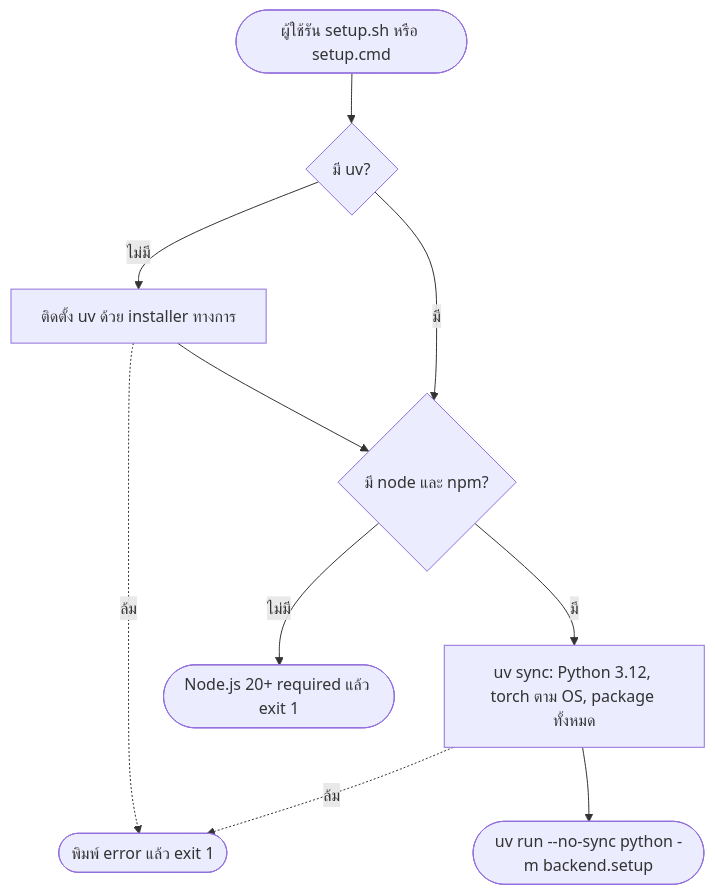
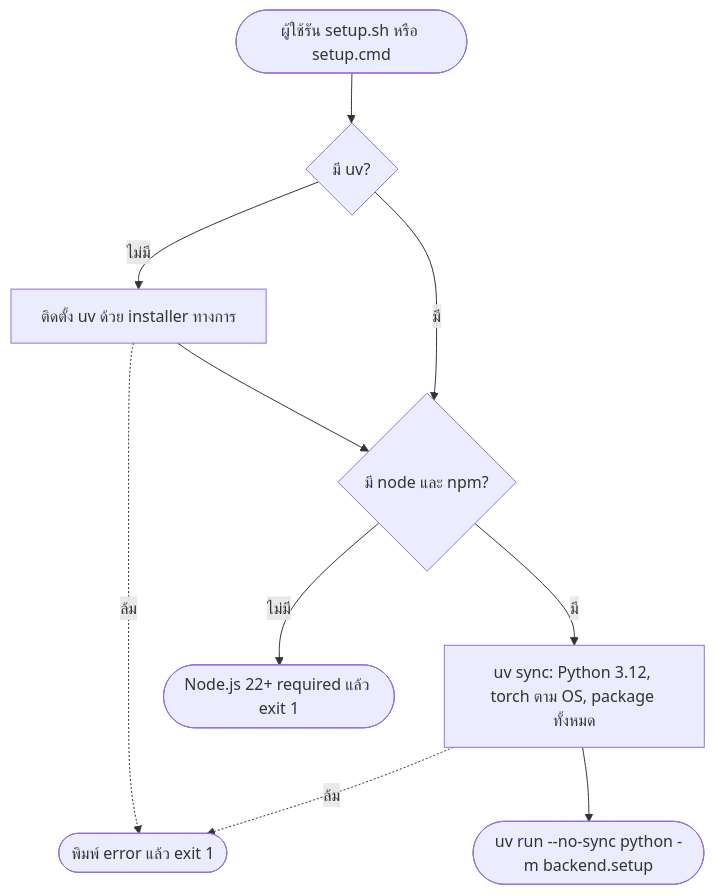
One commit to mousemouse094526/framecraft changed the first of 3 diagrams in docs/features/setup-status/flow.md. Above: the diagram before and after it, drawn with Mermaid. The commit also changed 54 other files, not shown here.

````diff
--- a/docs/features/setup-status/flow.md
+++ b/docs/features/setup-status/flow.md
@@ -13,12 +13,12 @@
 ```mermaid
 flowchart TD
     start([ผู้ใช้รัน setup.sh หรือ setup.cmd]) --> hasUv{มี uv?}
     hasUv -- ไม่มี --> installUv[ติดตั้ง uv ด้วย installer ทางการ]
     installUv -. ล้ม .-> errW([พิมพ์ error แล้ว exit 1])
     hasUv -- มี --> hasNode{มี node และ npm?}
     installUv --> hasNode
-    hasNode -- ไม่มี --> needNode([Node.js 20+ required แล้ว exit 1])
+    hasNode -- ไม่มี --> needNode([Node.js 22+ required แล้ว exit 1])
     hasNode -- มี --> sync[uv sync: Python 3.12, torch ตาม OS, package ทั้งหมด]
     sync -. ล้ม .-> errW
     sync --> runSetup([uv run --no-sync python -m backend.setup])
 ```
````
